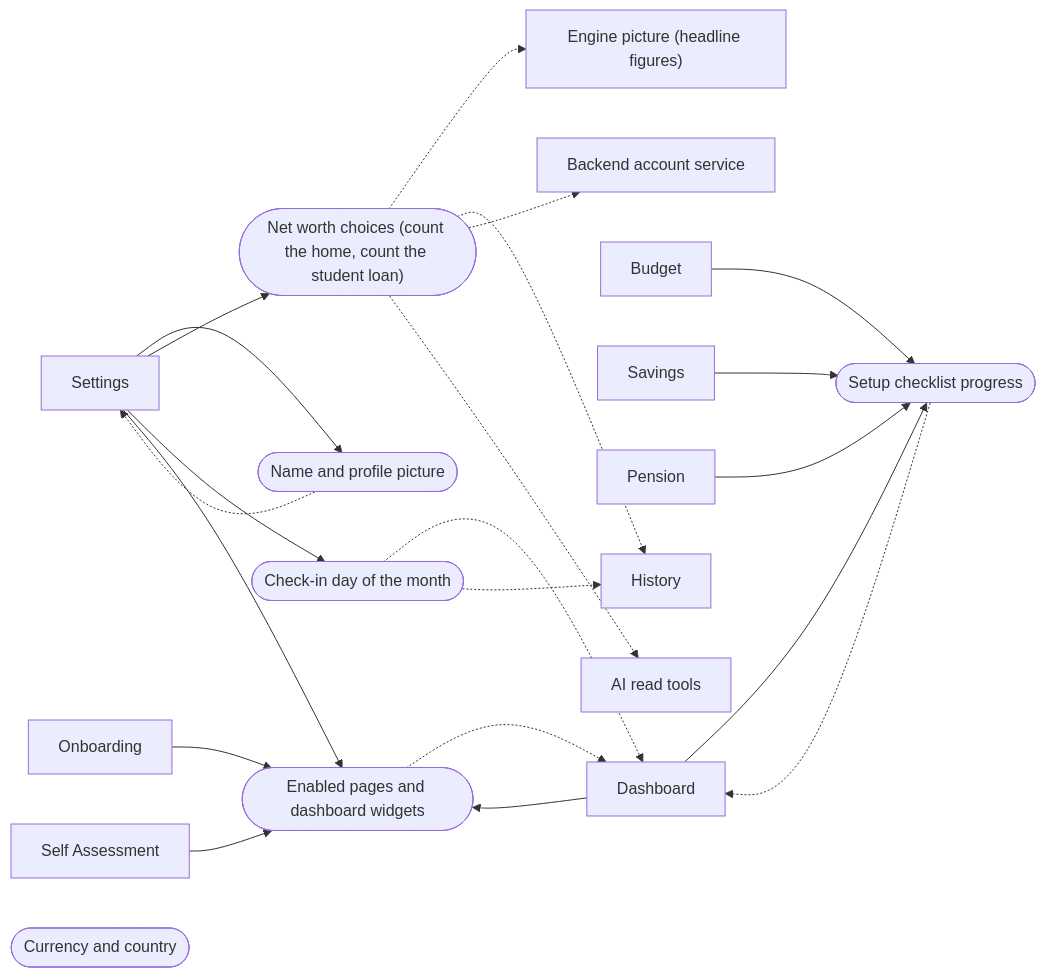
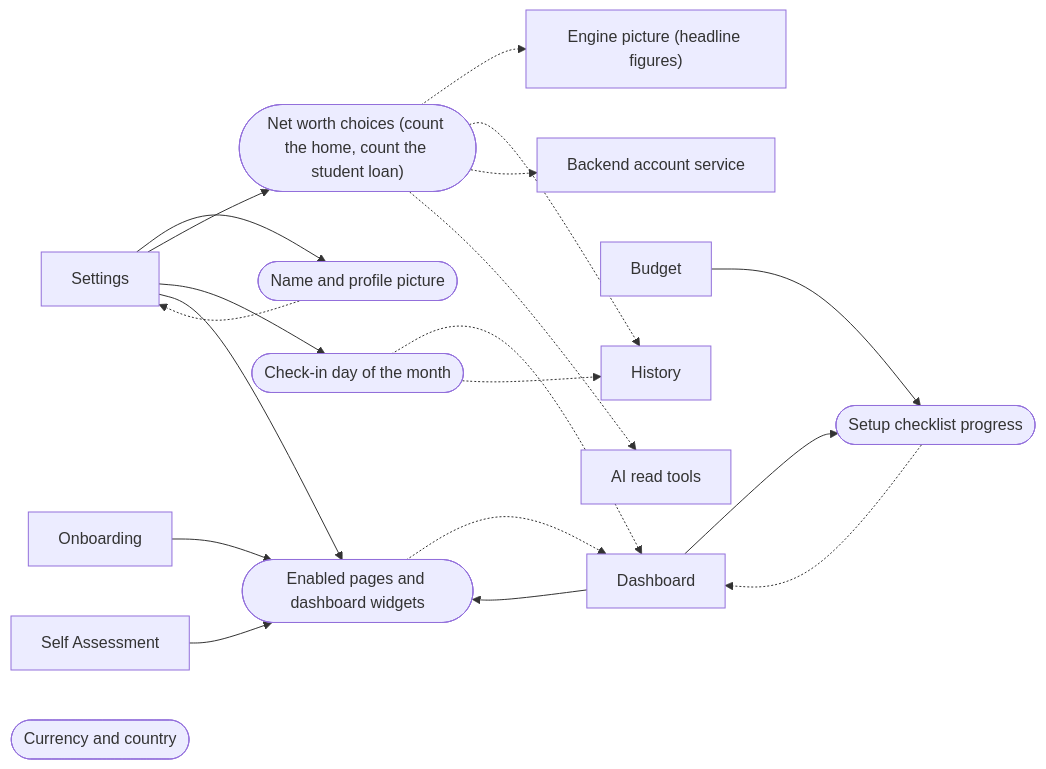
Before and after one commit to mgallagher56/flump: the fourth of 7 diagrams in docs/system/generated/connections.md, drawn with Mermaid. The commit also changed 6 other files, not shown here.

````diff
--- a/docs/system/generated/connections.md
+++ b/docs/system/generated/connections.md
@@ -364,40 +364,36 @@
 ```mermaid
 flowchart LR
   s_onboarding["Onboarding"]
   s_dashboard["Dashboard"]
   s_history["History"]
   s_budget["Budget"]
-  s_savings["Savings"]
-  s_pension["Pension"]
   s_self_assessment["Self Assessment"]
   s_settings["Settings"]
   s_picture["Engine picture (headline figures)"]
   s_account_service["Backend account service"]
   s_mcp_read["AI read tools"]
   f_name_and_avatar(["Name and profile picture"])
   s_settings --> f_name_and_avatar
   f_name_and_avatar -.-> s_settings
   f_net_worth_choices(["Net worth choices (count the home, count the student loan)"])
   s_settings --> f_net_worth_choices
   f_net_worth_choices -.-> s_picture
   f_net_worth_choices -.-> s_history
   f_net_worth_choices -.-> s_account_service
   f_net_worth_choices -.-> s_mcp_read
   f_check_in_day(["Check-in day of the month"])
   s_settings --> f_check_in_day
   f_check_in_day -.-> s_dashboard
   f_check_in_day -.-> s_history
   f_enabled_pages_and_widgets(["Enabled pages and dashboard widgets"])
   s_settings --> f_enabled_pages_and_widgets
   s_onboarding --> f_enabled_pages_and_widgets
   s_self_assessment --> f_enabled_pages_and_widgets
   s_dashboard --> f_enabled_pages_and_widgets
   f_enabled_pages_and_widgets -.-> s_dashboard
   f_setup_checklist(["Setup checklist progress"])
   s_dashboard --> f_setup_checklist
-  s_savings --> f_setup_checklist
-  s_pension --> f_setup_checklist
   s_budget --> f_setup_checklist
   f_setup_checklist -.-> s_dashboard
   f_currency_and_country(["Currency and country"])
 ```
````
